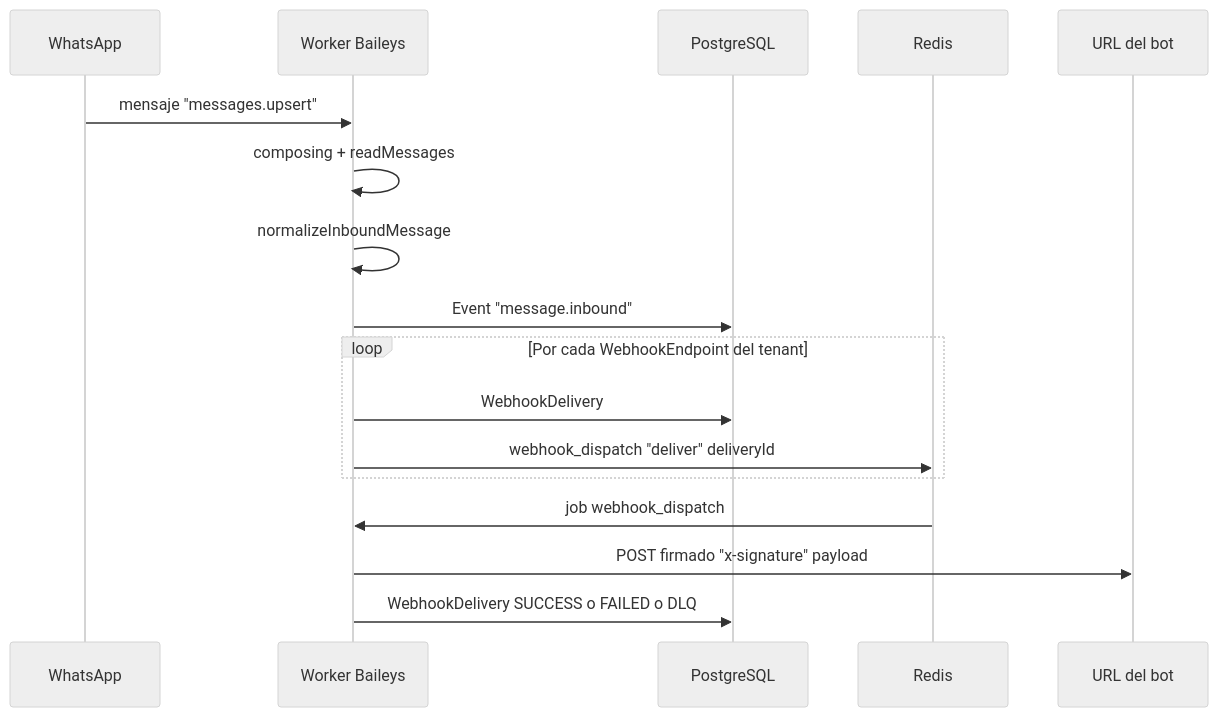
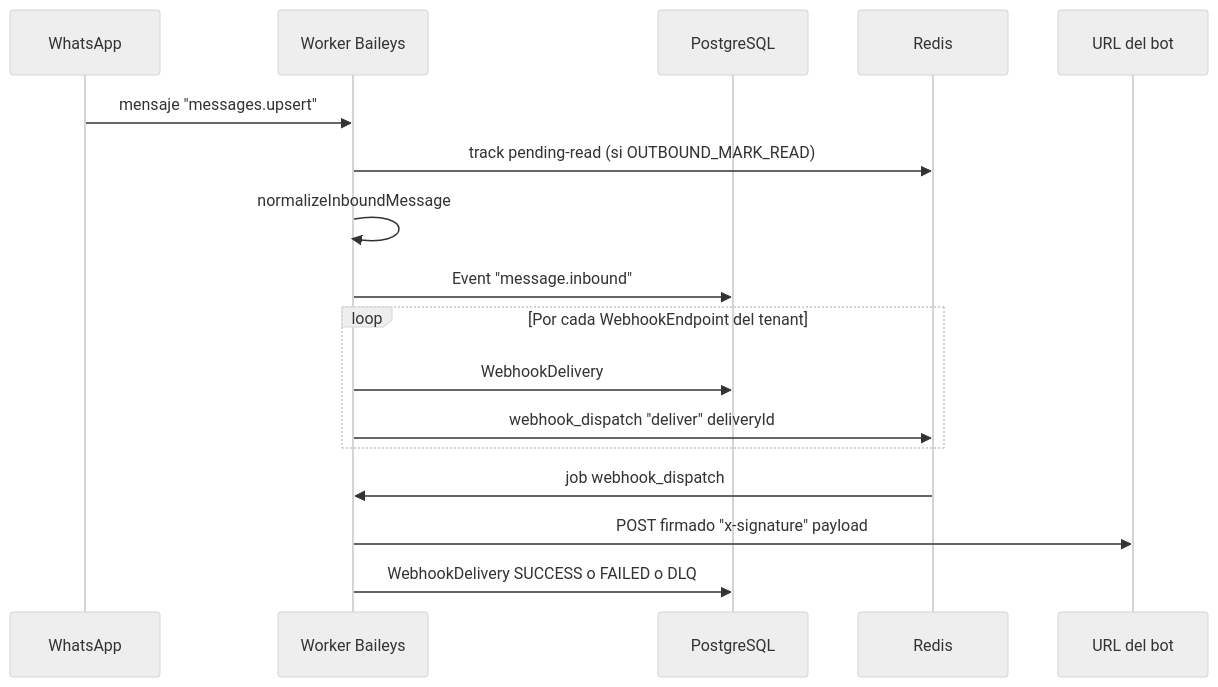
One commit to JoseManuelGdlO/whatsapp-connect-v2 changed the first of 2 diagrams in docs/FLUJOS.md. Above: the diagram before and after it, drawn with Mermaid (neutral theme). The commit also changed other lines of this file and 11 other files, not shown here.

````diff
--- a/docs/FLUJOS.md
+++ b/docs/FLUJOS.md
@@ -9,20 +9,20 @@
 ```mermaid
 sequenceDiagram
   participant WA as WhatsApp
   participant Worker as Worker Baileys
   participant DB as PostgreSQL
   participant Redis as Redis
   participant Webhook as URL del bot
 
   WA->>Worker: mensaje "messages.upsert"
-  Worker->>Worker: composing + readMessages
+  Worker->>Redis: track pending-read (si OUTBOUND_MARK_READ)
   Worker->>Worker: normalizeInboundMessage
   Worker->>DB: Event "message.inbound"
   loop Por cada WebhookEndpoint del tenant
     Worker->>DB: WebhookDelivery
     Worker->>Redis: webhook_dispatch "deliver" deliveryId
   end
   Redis->>Worker: job webhook_dispatch
   Worker->>Webhook: POST firmado "x-signature" payload
   Worker->>DB: WebhookDelivery SUCCESS o FAILED o DLQ
 ```
````
